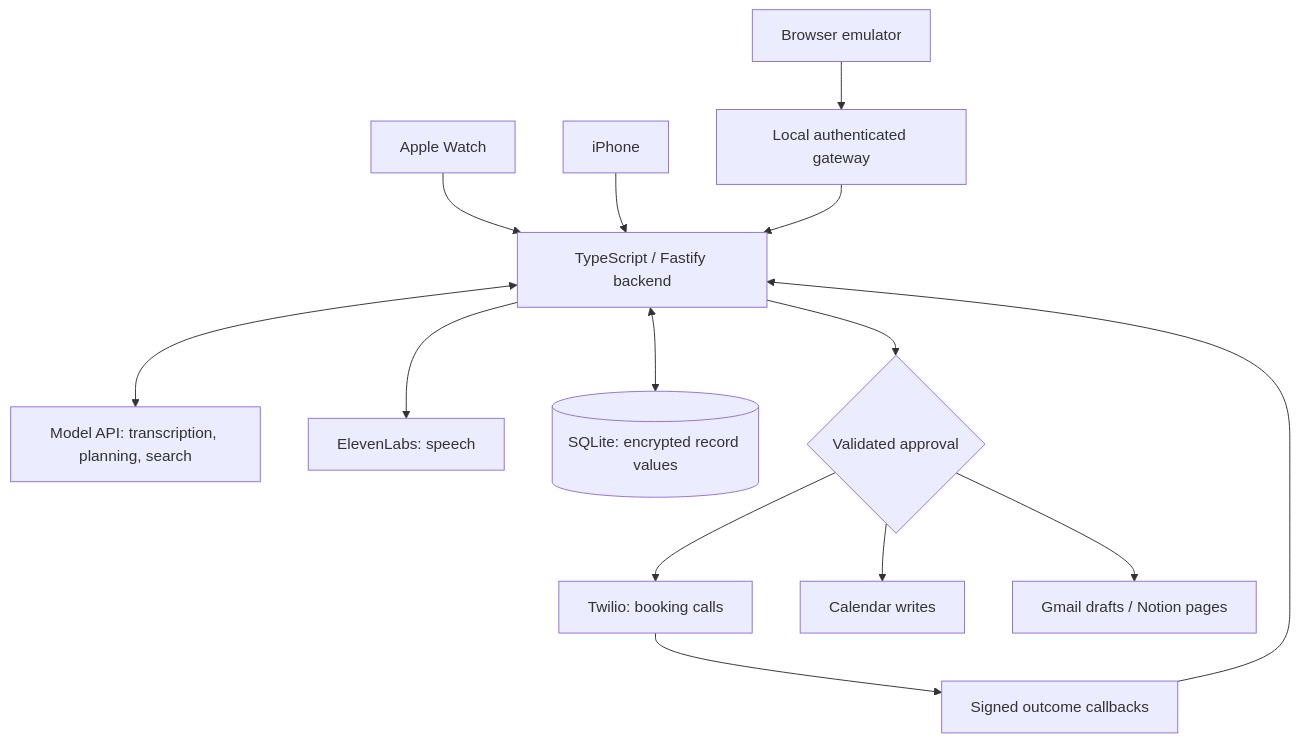
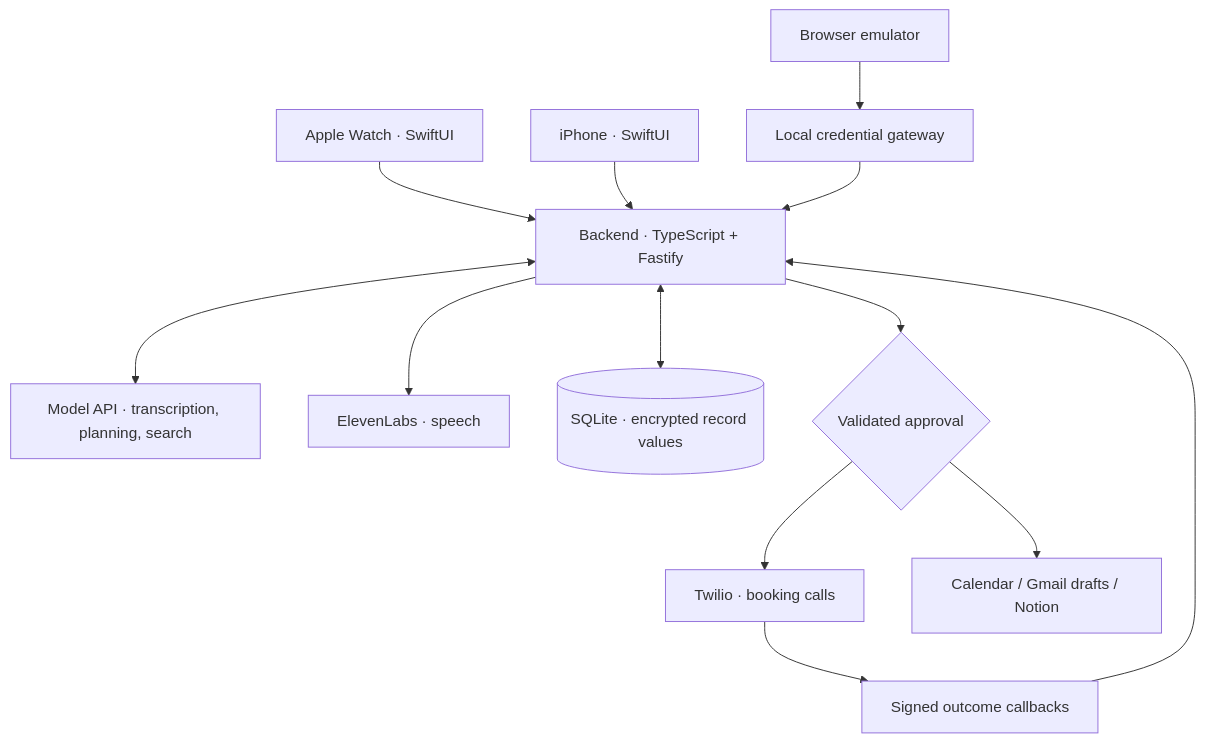
The second of 2 diagrams in README.md (vbshuliar/mochi-for-watch), drawn with Mermaid before and after one commit. The commit also changed other lines of this file, not shown here.

Commit message:
Apply good-readme guidance with verified quick start and booking narrative

````diff
--- a/README.md
+++ b/README.md
@@ -129,16 +150,15 @@
 ```mermaid
 flowchart TD
-    Watch[Apple Watch] --> API[TypeScript / Fastify backend]
-    Phone[iPhone] --> API
-    Browser[Browser emulator] --> Gateway[Local authenticated gateway]
+    Watch[Apple Watch · SwiftUI] --> API[Backend · TypeScript + Fastify]
+    Phone[iPhone · SwiftUI] --> API
+    Browser[Browser emulator] --> Gateway[Local credential gateway]
     Gateway --> API
-    API <--> Model[Model API: transcription, planning, search]
-    API --> Voice[ElevenLabs: speech]
-    API <--> Data[(SQLite: encrypted record values)]
+    API <--> Model[Model API · transcription, planning, search]
+    API --> Voice[ElevenLabs · speech]
+    API <--> Data[(SQLite · encrypted record values)]
     API --> Approval{Validated approval}
-    Approval --> Calls[Twilio: booking calls]
+    Approval --> Calls[Twilio · booking calls]
     Calls --> Hooks[Signed outcome callbacks]
     Hooks --> API
-    Approval --> Calendar[Calendar writes]
-    Approval --> Docs[Gmail drafts / Notion pages]
+    Approval --> Writes[Calendar / Gmail drafts / Notion]
 ```
````
